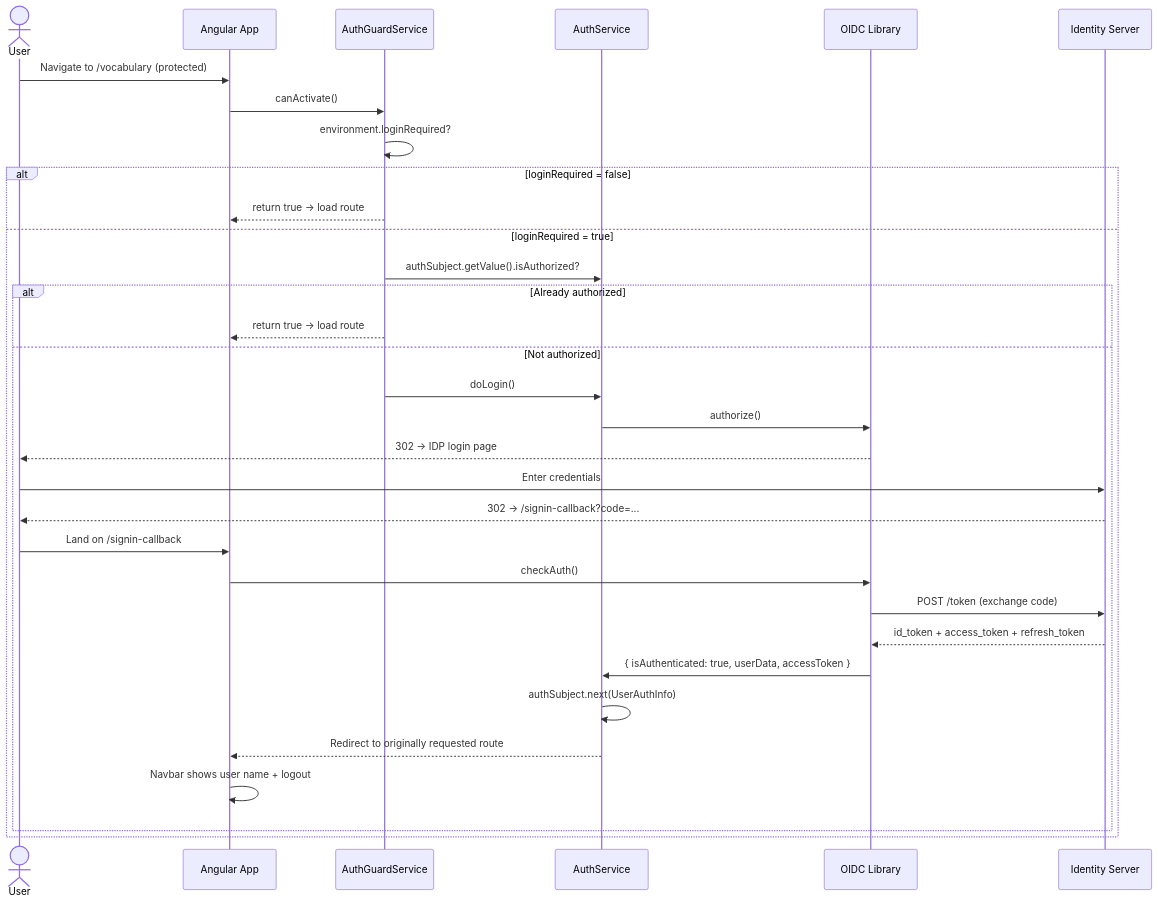
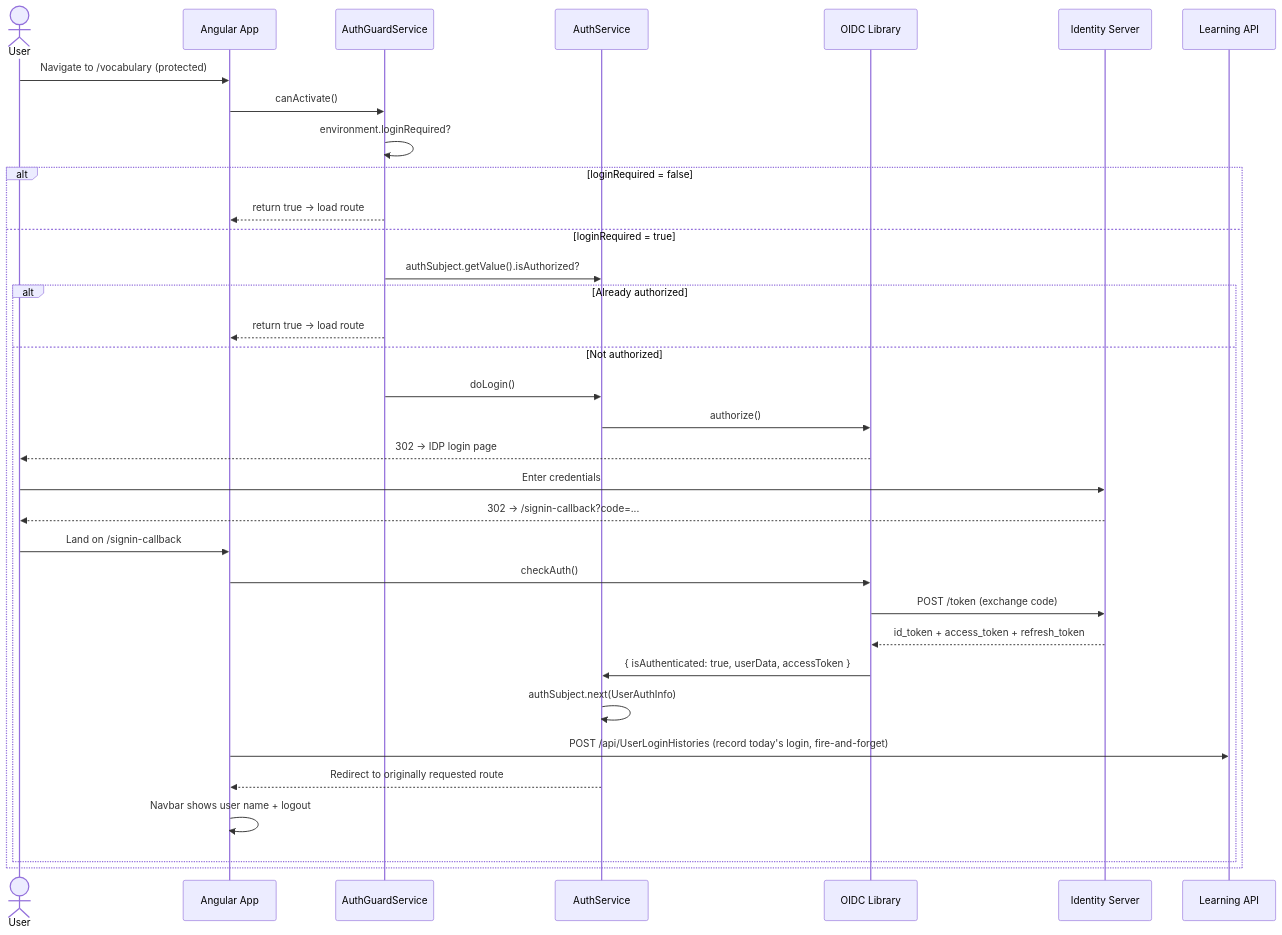
One commit to alvachien/knowledgebuilder changed the first of 4 diagrams in docs/authentication-flow.md. Above: the diagram before and after it, drawn with Mermaid. The commit also changed other lines of this file and 137 other files, not shown here.

````diff
--- a/docs/authentication-flow.md
+++ b/docs/authentication-flow.md
@@ -7,36 +7,38 @@
 ```mermaid
 sequenceDiagram
     actor User
     participant SPA as Angular App
     participant Guard as AuthGuardService
     participant Auth as AuthService
     participant OIDC as OIDC Library
     participant IDP as Identity Server
+    participant API as Learning API
 
     User->>SPA: Navigate to /vocabulary (protected)
     SPA->>Guard: canActivate()
     Guard->>Guard: environment.loginRequired?
 
     alt loginRequired = false
         Guard-->>SPA: return true → load route
     else loginRequired = true
         Guard->>Auth: authSubject.getValue().isAuthorized?
         alt Already authorized
             Guard-->>SPA: return true → load route
         else Not authorized
             Guard->>Auth: doLogin()
             Auth->>OIDC: authorize()
             OIDC-->>User: 302 → IDP login page
             User->>IDP: Enter credentials
             IDP-->>User: 302 → /signin-callback?code=...
             User->>SPA: Land on /signin-callback
             SPA->>OIDC: checkAuth()
             OIDC->>IDP: POST /token (exchange code)
             IDP-->>OIDC: id_token + access_token + refresh_token
             OIDC->>Auth: { isAuthenticated: true, userData, accessToken }
             Auth->>Auth: authSubject.next(UserAuthInfo)
+            SPA->>API: POST /api/UserLoginHistories (record today's login, fire-and-forget)
             Auth-->>SPA: Redirect to originally requested route
             SPA->>SPA: Navbar shows user name + logout
         end
     end
 ```
````
